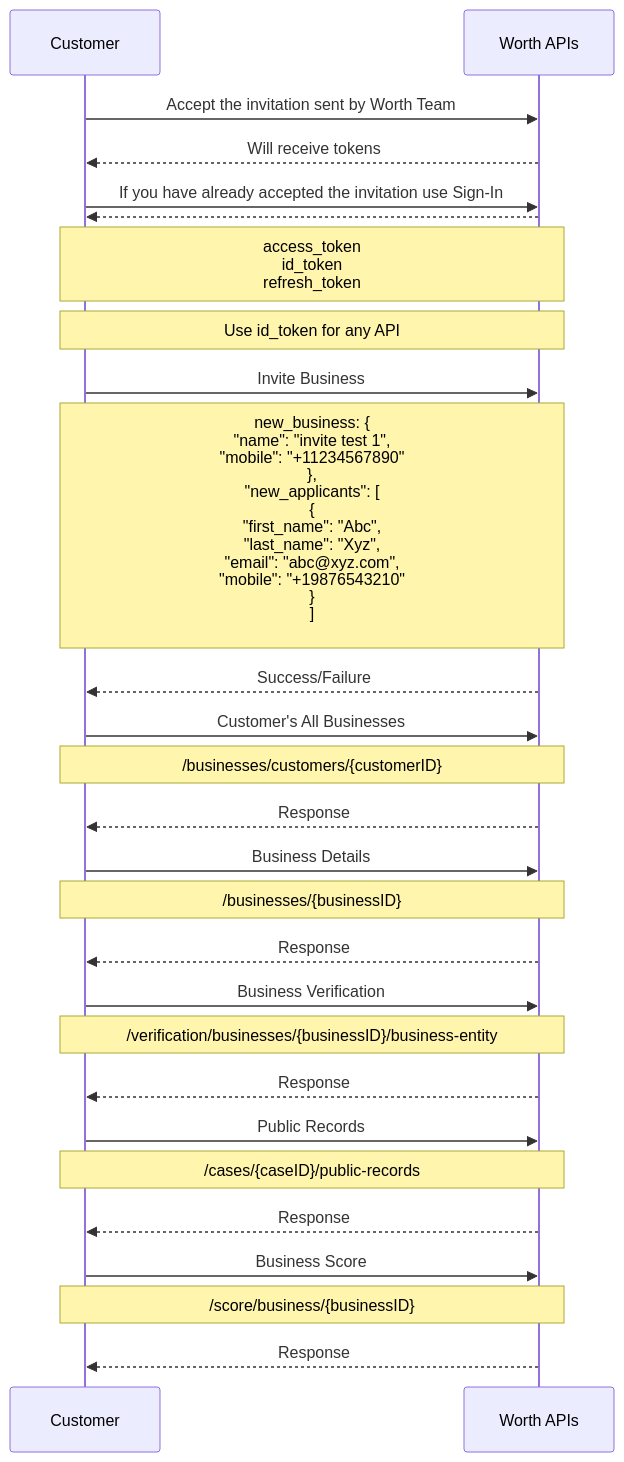
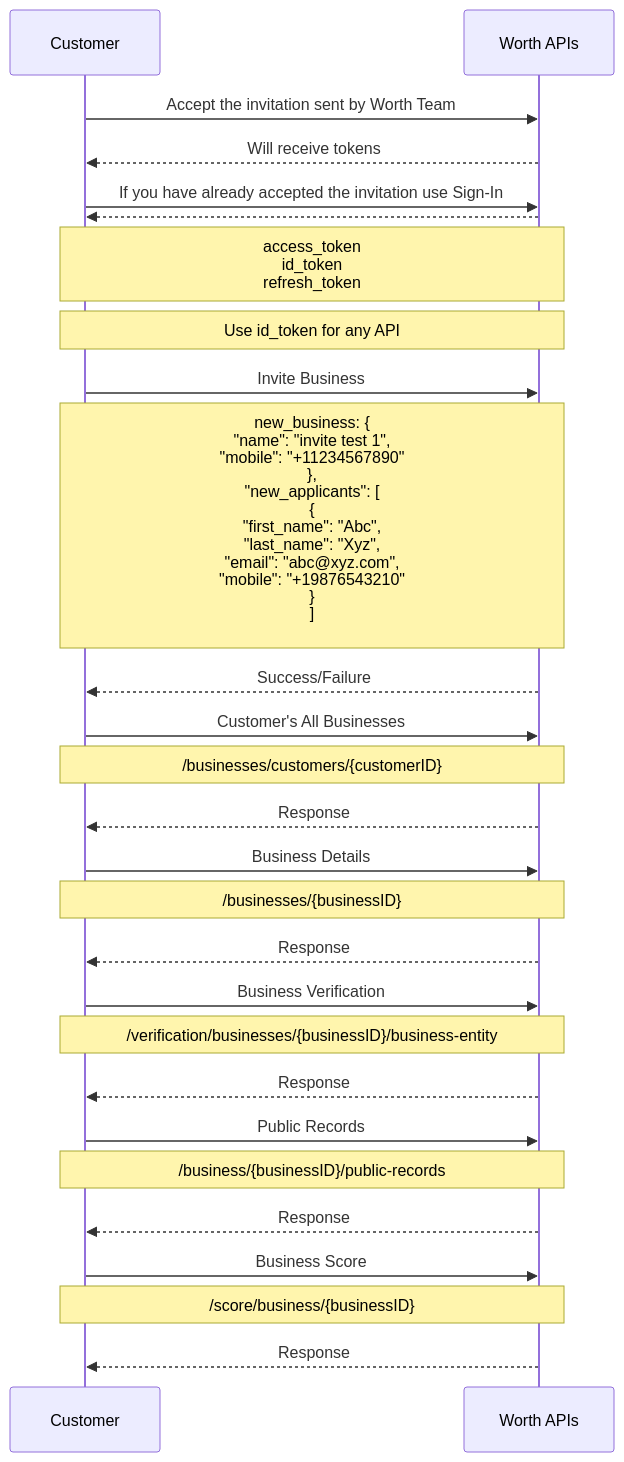
Before and after one commit to Miracle0524/api-docs: the diagram in use-cases/onboarding/invite-business.mdx, drawn with Mermaid. The commit also changed other lines of this file and 40 other files, not shown here.

````diff
--- a/use-cases/onboarding/invite-business.mdx
+++ b/use-cases/onboarding/invite-business.mdx
@@ -81,39 +82,39 @@
 ```mermaid
 
 sequenceDiagram
     participant Customer
     participant Worth APIs
     
     Customer->>Worth APIs: Accept the invitation sent by Worth Team
     Worth APIs-->>Customer: Will receive tokens
     Customer->>Worth APIs: If you have already accepted the invitation use Sign-In
     Worth APIs-->>Customer: 
     Note over Customer,Worth APIs: access_token <br/> id_token <br/> refresh_token
     Note over Customer,Worth APIs: Use id_token for any API    
 
     Customer->>Worth APIs: Invite Business
     Note over Customer,Worth APIs: new_business: { <br /> "name": "invite test 1", <br /> "mobile": "+11234567890" <br /> }, <br /> "new_applicants": [ <br /> { <br /> "first_name": "Abc", <br /> "last_name": "Xyz", <br /> "email": "abc@xyz.com", <br /> "mobile": "+19876543210" <br /> } <br /> ] <br />
     Worth APIs-->>Customer: Success/Failure
 
     Customer->>Worth APIs: Customer's All Businesses
     Note over Customer,Worth APIs: /businesses/customers/{customerID}
     Worth APIs-->>Customer: Response
 
     Customer->>Worth APIs: Business Details
     Note over Customer,Worth APIs: /businesses/{businessID}
     Worth APIs-->>Customer: Response
 
     Customer->>Worth APIs: Business Verification
     Note over Customer,Worth APIs: /verification/businesses/{businessID}/business-entity
     Worth APIs-->>Customer: Response
     
     Customer->>Worth APIs: Public Records
-    Note over Customer,Worth APIs: /cases/{caseID}/public-records
+    Note over Customer,Worth APIs: /business/{businessID}/public-records
     Worth APIs-->>Customer: Response
     
     Customer->>Worth APIs: Business Score
     Note over Customer,Worth APIs: /score/business/{businessID}
     Worth APIs-->>Customer: Response
     
 
 ```
````
